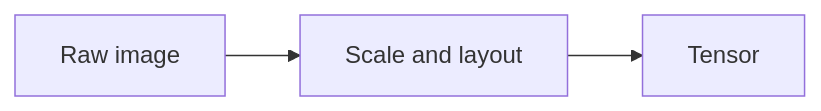
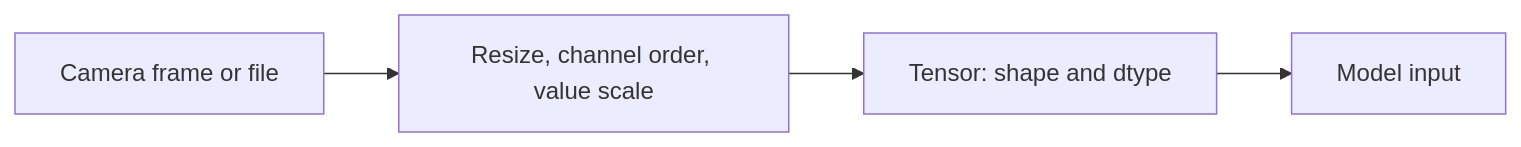
Before and after one commit to mohamedmabrouk582/Android-Ai-Lab: the diagram in lab-tensors/README.md, drawn with Mermaid. The commit also changed other lines of this file and 41 other files, not shown here.

````diff
--- a/lab-tensors/README.md
+++ b/lab-tensors/README.md
@@ -13,4 +46,6 @@
 ```mermaid
 flowchart LR
-  n0["Raw image"] --> n1["Scale and layout"] --> n2["Tensor"]
+  raw["Camera frame or file"] --> scale["Resize, channel order, value scale"]
+  scale --> tensor["Tensor: shape and dtype"]
+  tensor --> model["Model input"]
 ```
````
